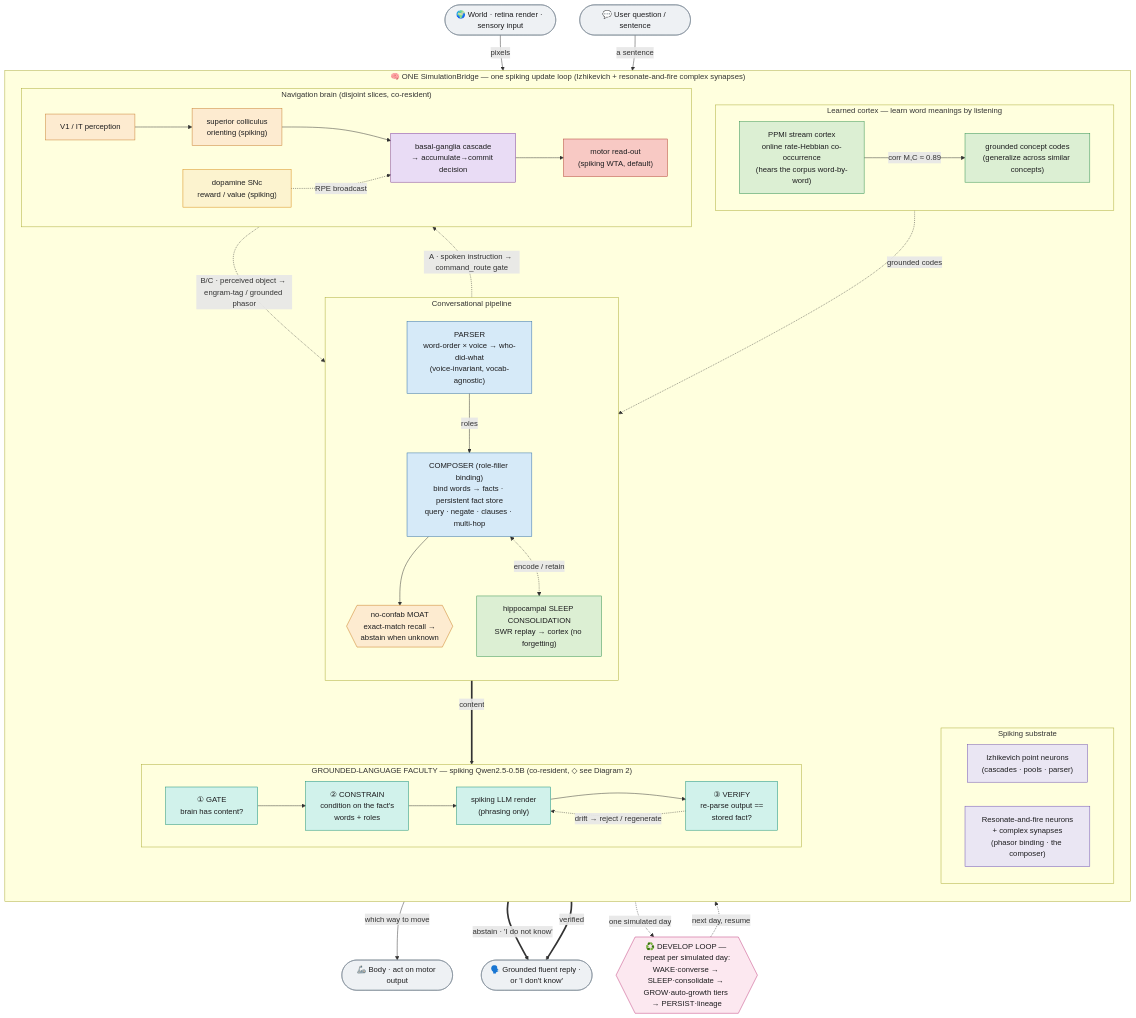
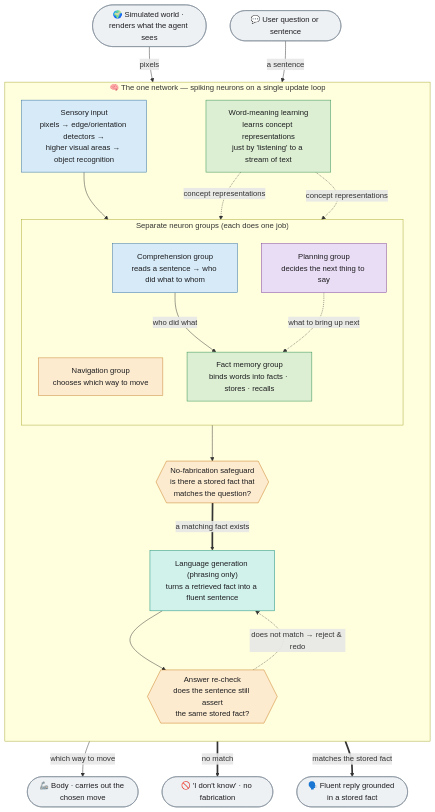
The first of 4 diagrams in docs/diagrams/brain_architecture_current.md (danthi123/neural-simulator), drawn with Mermaid before and after one commit. The commit also changed other lines of this file and 3 other files, not shown here.

First line of the commit message:
docs: refresh README + USER_GUIDE + architecture flowcharts to current state, plain language, no internal jargon

````diff
--- a/docs/diagrams/brain_architecture_current.md
+++ b/docs/diagrams/brain_architecture_current.md
@@ -77,84 +45,58 @@
 ```mermaid
 flowchart TB
-    %% ---- world / body I/O (host-legitimate boundary) ----
-    World([🌍 World · retina render · sensory input]):::io
-    Body([🦾 Body · act on motor output]):::io
-    UserQ([💬 User question / sentence]):::io
-    Reply([🗣️ Grounded fluent reply · or 'I don't know']):::io
+    World([🌍 Simulated world · renders what the agent sees]):::io
+    UserQ([💬 User question or sentence]):::io
 
-    subgraph BRIDGE["🧠 ONE SimulationBridge — one spiking update loop (Izhikevich + resonate-and-fire complex synapses)"]
+    subgraph NET["🧠 The one network — spiking neurons on a single update loop"]
       direction TB
 
-      subgraph SUB["Spiking substrate"]
-        direction LR
-        IZH["Izhikevich point neurons<br/>(cascades · pools · parser)"]:::sub
-        RF["Resonate-and-fire neurons<br/>+ complex synapses<br/>(phasor binding · the composer)"]:::sub
+      SENSE["Sensory input<br/>pixels → edge/orientation detectors →<br/>higher visual areas → object recognition"]:::sense
+
+      subgraph GROUPS["Separate neuron groups (each does one job)"]
+        direction TB
+        NAVG["Navigation group<br/>chooses which way to move"]:::nav
+        COMPG["Comprehension group<br/>reads a sentence → who did what to whom"]:::conv
+        MEMG["Fact memory group<br/>binds words into facts · stores · recalls"]:::mem
+        PLANG["Planning group<br/>decides the next thing to say"]:::plan
       end
 
-      subgraph CORTEX["Learned cortex — learn word meanings by listening"]
-        direction LR
-        STREAM["PPMI stream cortex<br/>online rate-Hebbian co-occurrence<br/>(hears the corpus word-by-word)"]:::mem
-        CODES["grounded concept codes<br/>(generalize across similar concepts)"]:::mem
-        STREAM -->|corr M,C ≈ 0.89| CODES
-      end
+      LEARN["Word-meaning learning<br/>learns concept representations<br/>just by 'listening' to a stream of text"]:::learn
 
-      subgraph CONV["Conversational pipeline"]
-        direction TB
-        PARSER["PARSER<br/>word-order × voice → who-did-what<br/>(voice-invariant, vocab-agnostic)"]:::conv
-        COMPOSER["COMPOSER (role-filler binding)<br/>bind words → facts · persistent fact store<br/>query · negate · clauses · multi-hop"]:::conv
-        MOAT{{"no-confab MOAT<br/>exact-match recall →<br/>abstain when unknown"}}:::moat
-        SLEEP["hippocampal SLEEP CONSOLIDATION<br/>SWR replay → cortex (no forgetting)"]:::mem
-        PARSER -->|roles| COMPOSER
-        COMPOSER --> MOAT
-        COMPOSER <-.->|encode / retain| SLEEP
-      end
+      SAFE{{"No-fabrication safeguard<br/>is there a stored fact that<br/>matches the question?"}}:::moat
 
-      subgraph NAV["Navigation brain (disjoint slices, co-resident)"]
-        direction LR
-        V1["V1 / IT perception"]:::nav --> SCOL["superior colliculus<br/>orienting (spiking)"]:::nav --> BG["basal-ganglia cascade<br/>→ accumulate→commit decision"]:::dec --> MOT["motor read-out<br/>(spiking WTA, default)"]:::mot
-        SNC["dopamine SNc<br/>reward / value (spiking)"]:::da -.->|RPE broadcast| BG
-      end
-
-      subgraph FAC["GROUNDED-LANGUAGE FACULTY — spiking Qwen2.5-0.5B (co-resident, ◇ see Diagram 2)"]
-        direction LR
-        GATE["① GATE<br/>brain has content?"]:::fac
-        CONSTR["② CONSTRAIN<br/>condition on the fact's<br/>words + roles"]:::fac
-        RENDER["spiking LLM render<br/>(phrasing only)"]:::fac
-        VERIFY["③ VERIFY<br/>re-parse output ==<br/>stored fact?"]:::fac
-        GATE --> CONSTR --> RENDER --> VERIFY
-      end
+      GEN["Language generation (phrasing only)<br/>turns a retrieved fact into a fluent sentence"]:::gen
+      RECHK{{"Answer re-check<br/>does the sentence still assert<br/>the same stored fact?"}}:::moat
     end
 
-    %% ---- I/O wiring ----
-    World -->|pixels| V1
-    MOT -->|which way to move| Body
-    UserQ -->|a sentence| PARSER
+    Body([🦾 Body · carries out the chosen move]):::io
+    Reply([🗣️ Fluent reply grounded in a stored fact]):::io
+    IDK([🚫 'I don't know' · no fabrication]):::io
 
-    %% ---- the conversational answer path through the faculty firewall ----
-    CODES -.->|grounded codes| COMPOSER
-    MOAT ==>|content| GATE
-    MOAT ==>|abstain · 'I do not know'| Reply
-    VERIFY ==>|verified| Reply
-    VERIFY -.->|drift → reject / regenerate| RENDER
+    %% wiring
+    World -->|pixels| SENSE
+    SENSE --> NAVG
+    NAVG -->|which way to move| Body
 
-    %% ---- cross-brain routes (each 6/6-seed GO; ◇ see master SVG) ----
-    PARSER -.->|A · spoken instruction → command_route gate| BG
-    BG -.->|B/C · perceived object → engram-tag / grounded phasor| COMPOSER
+    UserQ -->|a sentence| COMPG
+    COMPG -->|who did what| MEMG
+    LEARN -.->|concept representations| MEMG
+    LEARN -.->|concept representations| COMPG
+    MEMG --> SAFE
+    PLANG -.->|what to bring up next| MEMG
 
-    %% ---- the develop loop wraps the whole bridge (◇ see Diagram 3) ----
-    LOOP{{"♻️ DEVELOP LOOP — repeat per simulated day:<br/>WAKE·converse → SLEEP·consolidate → GROW·auto-growth tiers → PERSIST·lineage"}}:::loop
-    BRIDGE -.->|one simulated day| LOOP
-    LOOP -.->|next day, resume| BRIDGE
+    SAFE ==>|a matching fact exists| GEN
+    SAFE ==>|no match| IDK
+    GEN --> RECHK
+    RECHK ==>|matches the stored fact| Reply
+    RECHK -.->|does not match → reject & redo| GEN
 
     classDef io fill:#eef1f4,stroke:#7a8794,color:#1d1d1f;
-    classDef sub fill:#eae6f3,stroke:#6c4fb0,color:#1d1d1f;
+    classDef sense fill:#d6eaf8,stroke:#2e6da4,color:#1d1d1f;
+    classDef nav fill:#fdebd0,stroke:#c87f2e,color:#1d1d1f;
+    classDef conv fill:#d6eaf8,stroke:#2e6da4,color:#1d1d1f;
     classDef mem fill:#dcefd3,stroke:#2f8f4e,color:#1d1d1f;
-    classDef conv fill:#d6eaf8,stroke:#2e6da4,color:#1d1d1f;
+    classDef plan fill:#e9dcf5,stroke:#7d3c98,color:#1d1d1f;
+    classDef learn fill:#dcefd3,stroke:#2f8f4e,color:#1d1d1f;
     classDef moat fill:#fdebd0,stroke:#c8791a,color:#1d1d1f;
-    classDef nav fill:#fdebd0,stroke:#c87f2e,color:#1d1d1f;
-    classDef dec fill:#e9dcf5,stroke:#7d3c98,color:#1d1d1f;
-    classDef mot fill:#f8c9c4,stroke:#b03a2e,color:#1d1d1f;
-    classDef da fill:#fcf3cf,stroke:#d68910,color:#1d1d1f;
-    classDef fac fill:#d1f2eb,stroke:#138d75,color:#1d1d1f;
-    classDef loop fill:#fce8f0,stroke:#c0397b,color:#1d1d1f;
+    classDef gen fill:#d1f2eb,stroke:#138d75,color:#1d1d1f;
 ```
````
